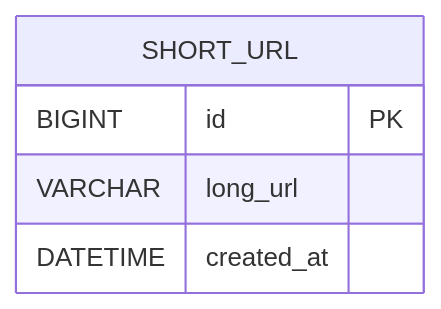
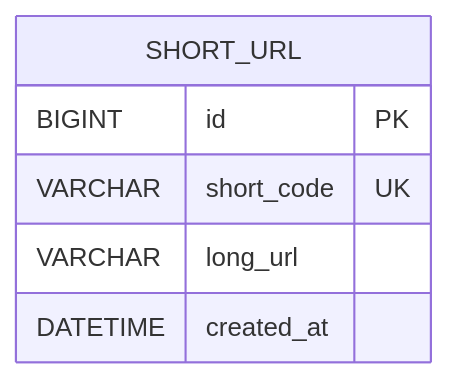
The second of 2 diagrams in docs/03-architecture.md (Backend-System-Design-Lab/01-URL-Shortener), drawn with Mermaid before and after one commit. The commit also changed other lines of this file and 17 other files, not shown here.

````diff
--- a/docs/03-architecture.md
+++ b/docs/03-architecture.md
@@ -86,8 +94,9 @@
 ```mermaid
 erDiagram
     SHORT_URL {
         BIGINT id PK
+        VARCHAR short_code UK
         VARCHAR long_url
         DATETIME created_at
     }
 ```
````
